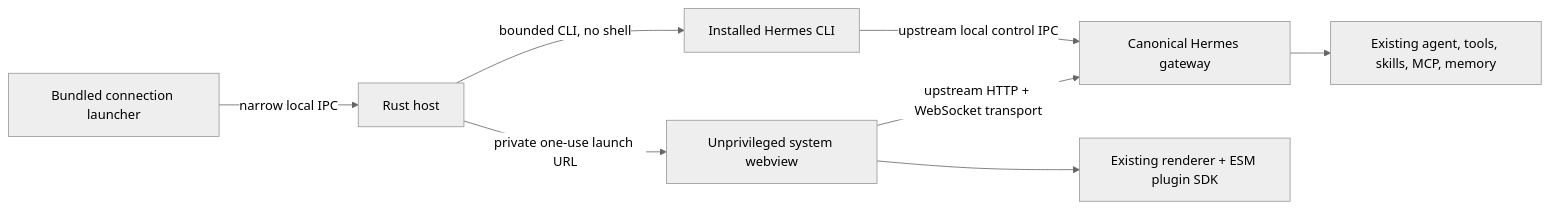
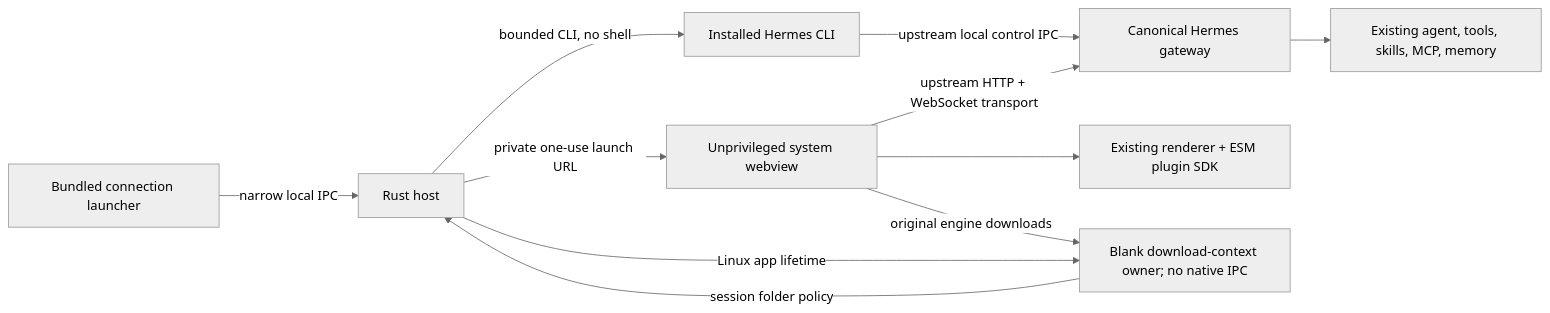
Before and after one commit to willbohn/hermes-desktop-rust: the first of 3 diagrams in docs/architecture.md, drawn with Mermaid (neutral theme). The commit also changed other lines of this file and 14 other files, not shown here.

````diff
--- a/docs/architecture.md
+++ b/docs/architecture.md
@@ -23,10 +23,13 @@
 ```mermaid
 flowchart LR
   L[Bundled connection launcher] -->|narrow local IPC| R[Rust host]
   R -->|bounded CLI, no shell| C[Installed Hermes CLI]
   C -->|upstream local control IPC| G[Canonical Hermes gateway]
   R -->|private one-use launch URL| W[Unprivileged system webview]
   W -->|upstream HTTP + WebSocket transport| G
   W --> P[Existing renderer + ESM plugin SDK]
   G --> A[Existing agent, tools, skills, MCP, memory]
+  R -->|Linux app lifetime| D["Blank download-context owner; no native IPC"]
+  W -->|original engine downloads| D
+  D -->|session folder policy| R
 ```
````
